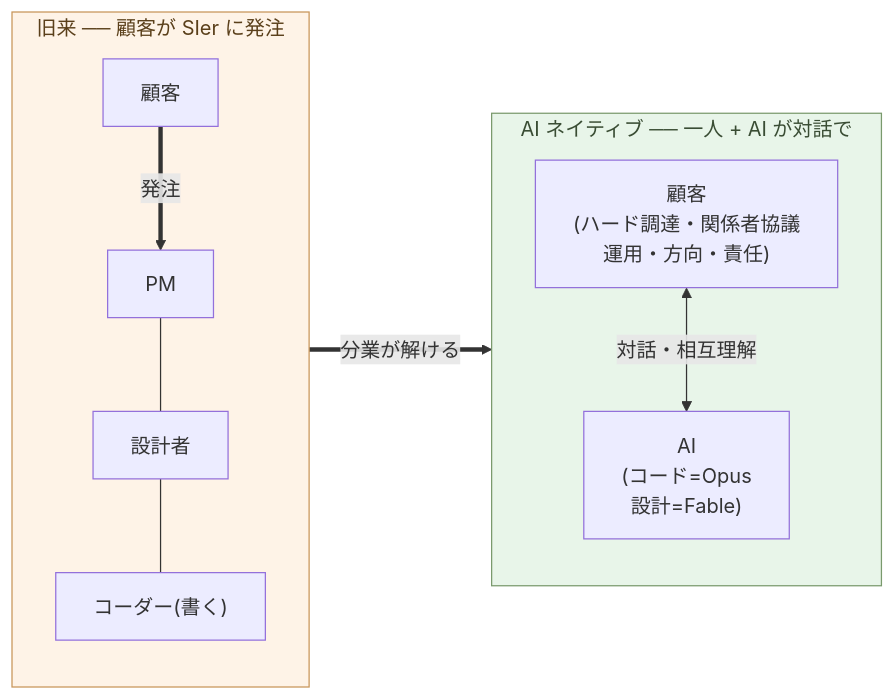
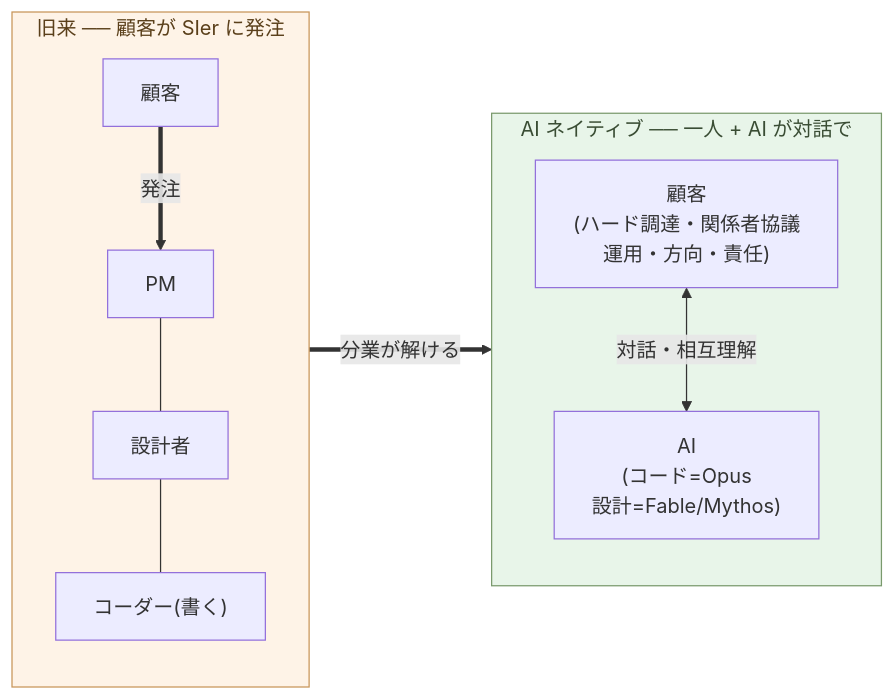
The diagram in articles/ai-native-ways/software/03-coder-end/ja.md (aiseed-dev/website), drawn with Mermaid before and after one commit. The commit also changed other lines of this file and 2 other files, not shown here.

First line of the commit message:
第3章: Mythos を Fable と同水準の設計能力として扱う

````diff
--- a/articles/ai-native-ways/software/03-coder-end/ja.md
+++ b/articles/ai-native-ways/software/03-coder-end/ja.md
@@ -125,26 +125,26 @@
 ```mermaid
 flowchart LR
   subgraph Old["旧来 ── 顧客が SIer に発注"]
     direction TB
     OClient["顧客"]
     OP["PM"]
     OD["設計者"]
     OC["コーダー(書く)"]
     OClient ==>|発注| OP
     OP --- OD --- OC
   end
 
   subgraph New["AI ネイティブ ── 一人 + AI が対話で"]
     direction TB
     H["顧客<br/>(ハード調達・関係者協議<br/>運用・方向・責任)"]
-    A["AI<br/>(コード=Opus<br/>設計=Fable)"]
+    A["AI<br/>(コード=Opus<br/>設計=Fable/Mythos)"]
     H <-->|対話・相互理解| A
   end
 
   Old ==>|分業が解ける| New
 
   classDef good fill:#e8f5e9,stroke:#7a9a6d,color:#3a4d34
   classDef bad fill:#fef3e7,stroke:#c89559,color:#5a3f1a
   class New good
   class Old bad
 ```
````
